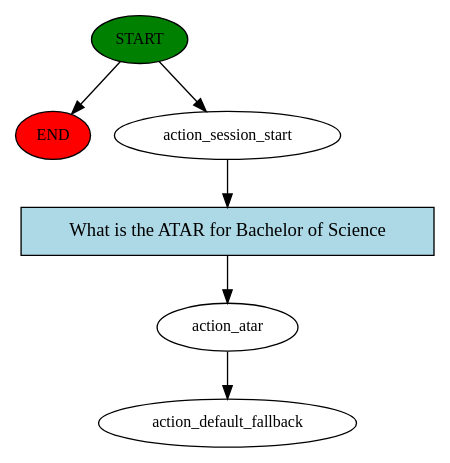
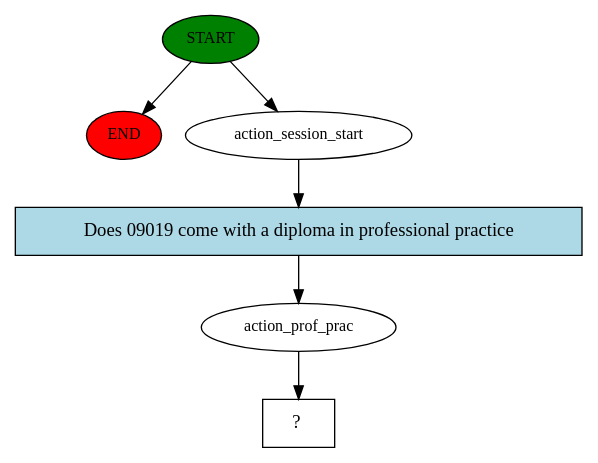
The diagram in story_graph.dot (wei-research/UTSChatbot), drawn with Graphviz before and after one commit. The commit also changed 8 other files, not shown here.

```diff
--- a/story_graph.dot
+++ b/story_graph.dot
@@ -1,13 +1,13 @@
 digraph  {
 0 [class="start active", fillcolor=green, fontsize=12, label=START, style=filled];
 "-1" [class=end, fillcolor=red, fontsize=12, label=END, style=filled];
 1 [class=active, fontsize=12, label=action_session_start];
-2 [class=active, fontsize=12, label=action_atar];
-3 [class="dashed active", fontsize=12, label=action_default_fallback];
-4 [class="intent active", fillcolor=lightblue, label="What is the ATAR for Bachelor of Science", shape=rect, style=filled];
+2 [class=active, fontsize=12, label=action_prof_prac];
+3 [class="intent dashed active", label="  ?  ", shape=rect];
+4 [class="intent active", fillcolor=lightblue, label="Does 09019 come with a diploma in professional practice", shape=rect, style=filled];
 0 -> "-1"  [class="", key=NONE, label=""];
 0 -> 1  [class=active, key=NONE, label=""];
 1 -> 4  [class=active, key=0];
 2 -> 3  [class=active, key=NONE, label=""];
 4 -> 2  [class=active, key=0];
 }
```
